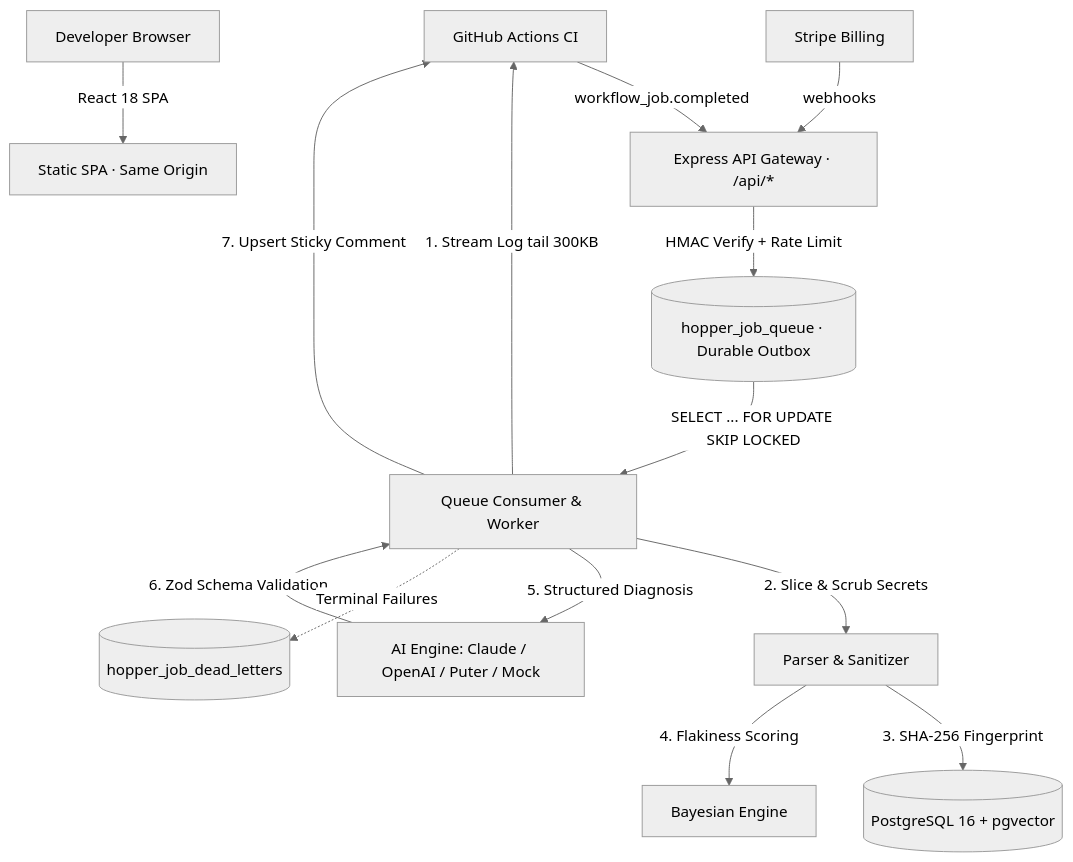
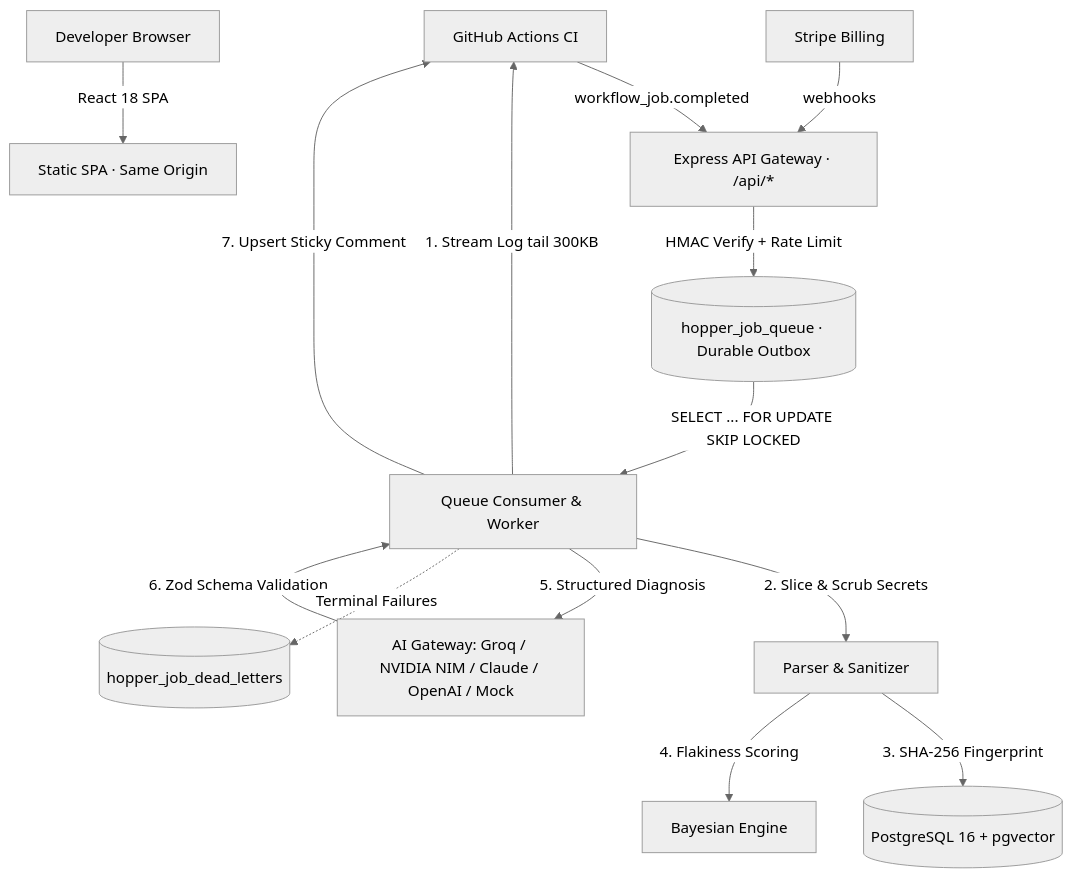
The diagram in README.md (johan-droid/Hopper), drawn with Mermaid (neutral theme) before and after one commit. The commit also changed other lines of this file and 60 other files, not shown here.

````diff
--- a/README.md
+++ b/README.md
@@ -24,19 +24,19 @@
 ```mermaid
 graph TD
     GH[GitHub Actions CI] -->|workflow_job.completed| API[Express API Gateway · /api/*]
     ST[Stripe Billing] -->|webhooks| API
     USER[Developer Browser] -->|React 18 SPA| FE[Static SPA · Same Origin]
     
     API -->|HMAC Verify + Rate Limit| OB[(hopper_job_queue · Durable Outbox)]
     OB -->|SELECT ... FOR UPDATE SKIP LOCKED| WRK[Queue Consumer & Worker]
     
     WRK -->|1. Stream Log tail 300KB| GH
     WRK -->|2. Slice & Scrub Secrets| PARSER[Parser & Sanitizer]
     PARSER -->|3. SHA-256 Fingerprint| DB[(PostgreSQL 16 + pgvector)]
     PARSER -->|4. Flakiness Scoring| FLAKY[Bayesian Engine]
     
-    WRK -->|5. Structured Diagnosis| AI[AI Engine: Claude / OpenAI / Puter / Mock]
+    WRK -->|5. Structured Diagnosis| AI[AI Gateway: Groq / NVIDIA NIM / Claude / OpenAI / Mock]
     AI -->|6. Zod Schema Validation| WRK
     WRK -->|7. Upsert Sticky Comment| GH
     WRK -.->|Terminal Failures| DLQ[(hopper_job_dead_letters)]
 ```
````
